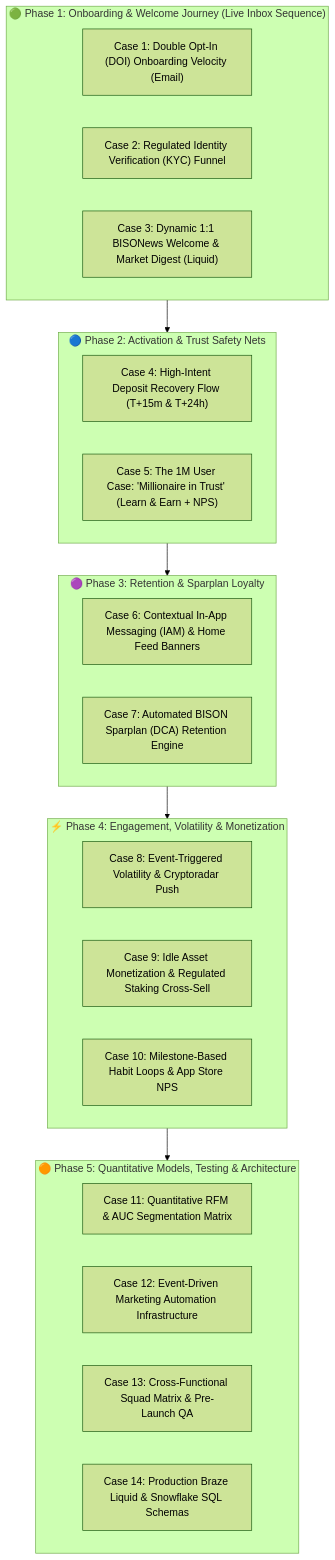
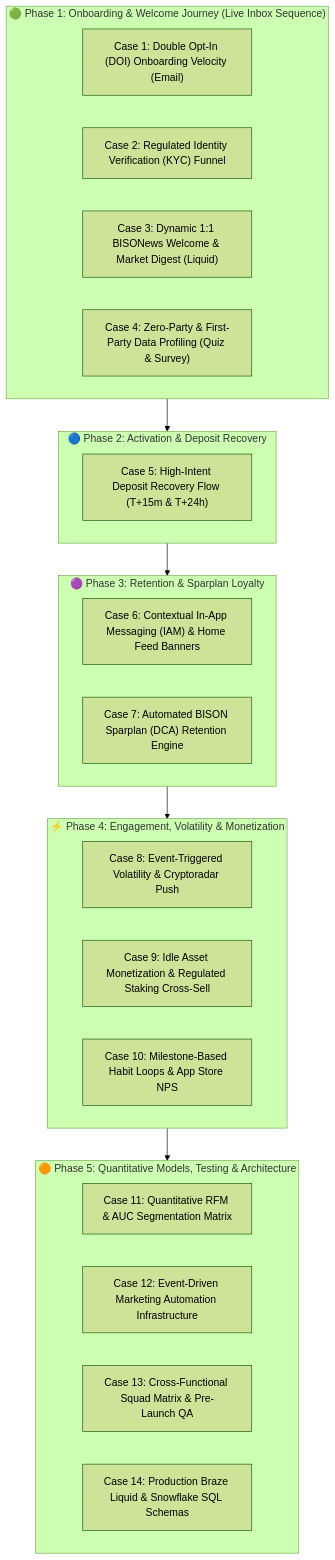
The diagram in README.md (Faizan021/crypto-trading-growth-engine), drawn with Mermaid (forest theme) before and after one commit. The commit also changed other lines of this file and 2 other files, not shown here.

Commit message:
feat(nav): place Zero-Party & First-Party Data Profiling into Phase 1 Welcome Journey as Case 4

````diff
--- a/README.md
+++ b/README.md
@@ -18,33 +18,33 @@
 ```mermaid
 flowchart TD
     subgraph PHASE1["🟢 Phase 1: Onboarding & Welcome Journey (Live Inbox Sequence)"]
         C1["Case 1: Double Opt-In (DOI) Onboarding Velocity (Email)"]
         C2["Case 2: Regulated Identity Verification (KYC) Funnel"]
         C3["Case 3: Dynamic 1:1 BISONews Welcome & Market Digest (Liquid)"]
+        C4["Case 4: Zero-Party & First-Party Data Profiling (Quiz & Survey)"]
     end
 
-    subgraph PHASE2["🔵 Phase 2: Activation & Trust Safety Nets"]
-        C4["Case 4: High-Intent Deposit Recovery Flow (T+15m & T+24h)"]
-        C5["Case 5: The 1M User Case: 'Millionaire in Trust' (Learn & Earn + NPS)"]
+    subgraph PHASE2["🔵 Phase 2: Activation & Deposit Recovery"]
+        C5["Case 5: High-Intent Deposit Recovery Flow (T+15m & T+24h)"]
     end
 
     subgraph PHASE3["🟣 Phase 3: Retention & Sparplan Loyalty"]
         C6["Case 6: Contextual In-App Messaging (IAM) & Home Feed Banners"]
         C7["Case 7: Automated BISON Sparplan (DCA) Retention Engine"]
     end
 
     subgraph PHASE4["⚡ Phase 4: Engagement, Volatility & Monetization"]
         C8["Case 8: Event-Triggered Volatility & Cryptoradar Push"]
         C9["Case 9: Idle Asset Monetization & Regulated Staking Cross-Sell"]
         C10["Case 10: Milestone-Based Habit Loops & App Store NPS"]
     end
 
     subgraph PHASE5["🟠 Phase 5: Quantitative Models, Testing & Architecture"]
         C11["Case 11: Quantitative RFM & AUC Segmentation Matrix"]
         C12["Case 12: Event-Driven Marketing Automation Infrastructure"]
         C13["Case 13: Cross-Functional Squad Matrix & Pre-Launch QA"]
         C14["Case 14: Production Braze Liquid & Snowflake SQL Schemas"]
     end
 
     PHASE1 --> PHASE2 --> PHASE3 --> PHASE4 --> PHASE5
 ```
````
